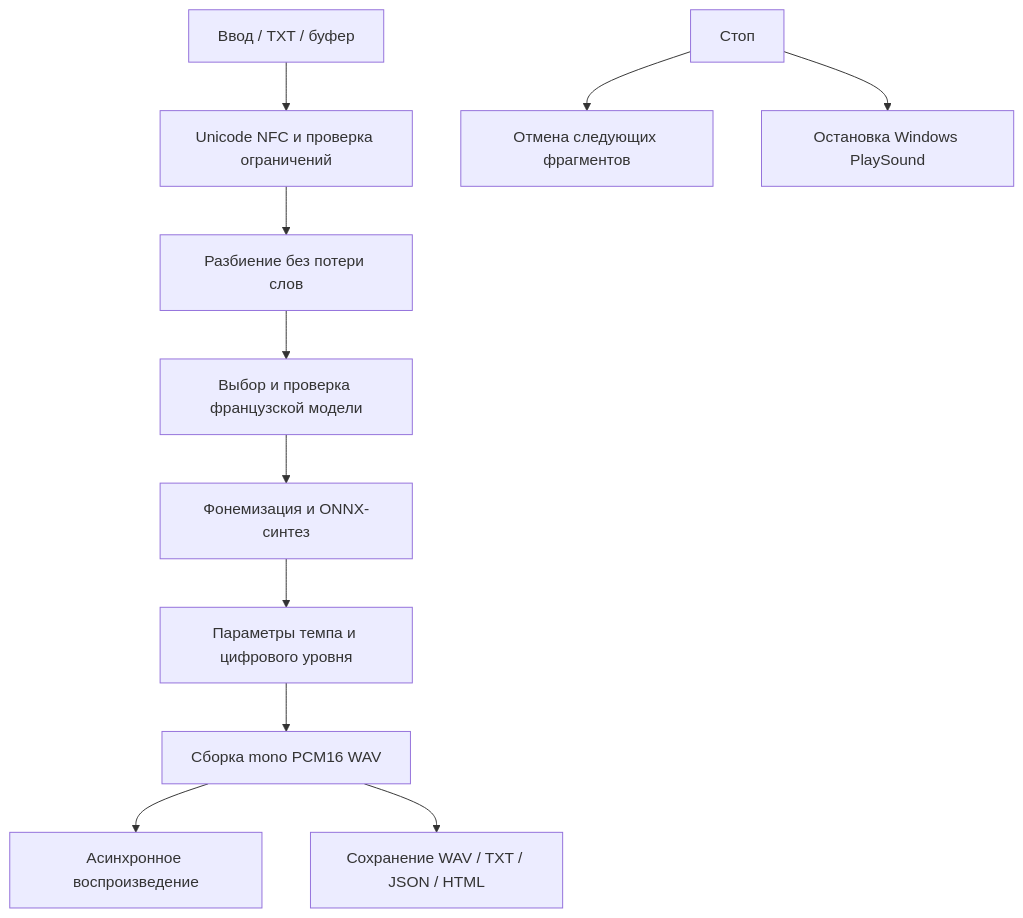
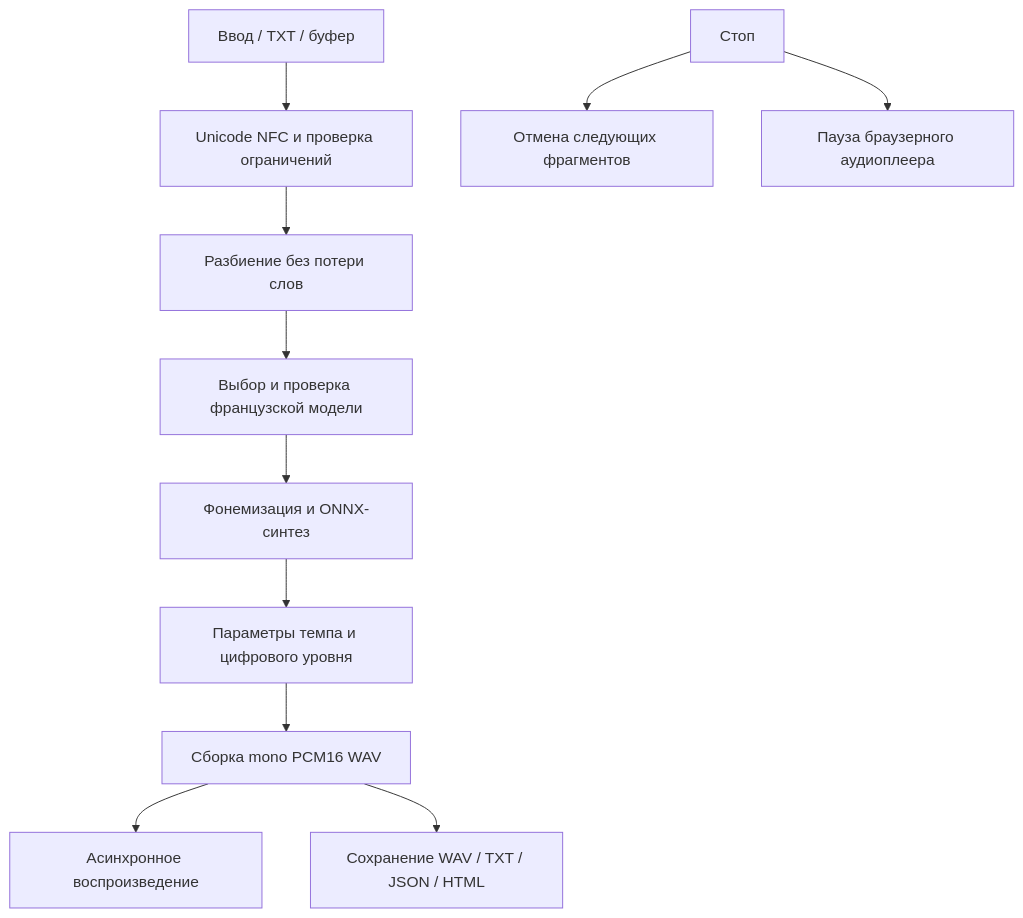
Before and after one commit to xarturhax/EYAZIS: the diagram in lab8/docs/REPORT.md, drawn with Mermaid. The commit also changed other lines of this file and 135 other files, not shown here.

````diff
--- a/lab8/docs/REPORT.md
+++ b/lab8/docs/REPORT.md
@@ -70,13 +69,13 @@
 ```mermaid
 flowchart TD
     A[Ввод / TXT / буфер] --> B[Unicode NFC и проверка ограничений]
     B --> C[Разбиение без потери слов]
     C --> D[Выбор и проверка французской модели]
     D --> E[Фонемизация и ONNX-синтез]
     E --> F[Параметры темпа и цифрового уровня]
     F --> G[Сборка mono PCM16 WAV]
     G --> H[Асинхронное воспроизведение]
     G --> I[Сохранение WAV / TXT / JSON / HTML]
     J[Стоп] --> K[Отмена следующих фрагментов]
-    J --> L[Остановка Windows PlaySound]
+    J --> L[Пауза браузерного аудиоплеера]
 ```
````
